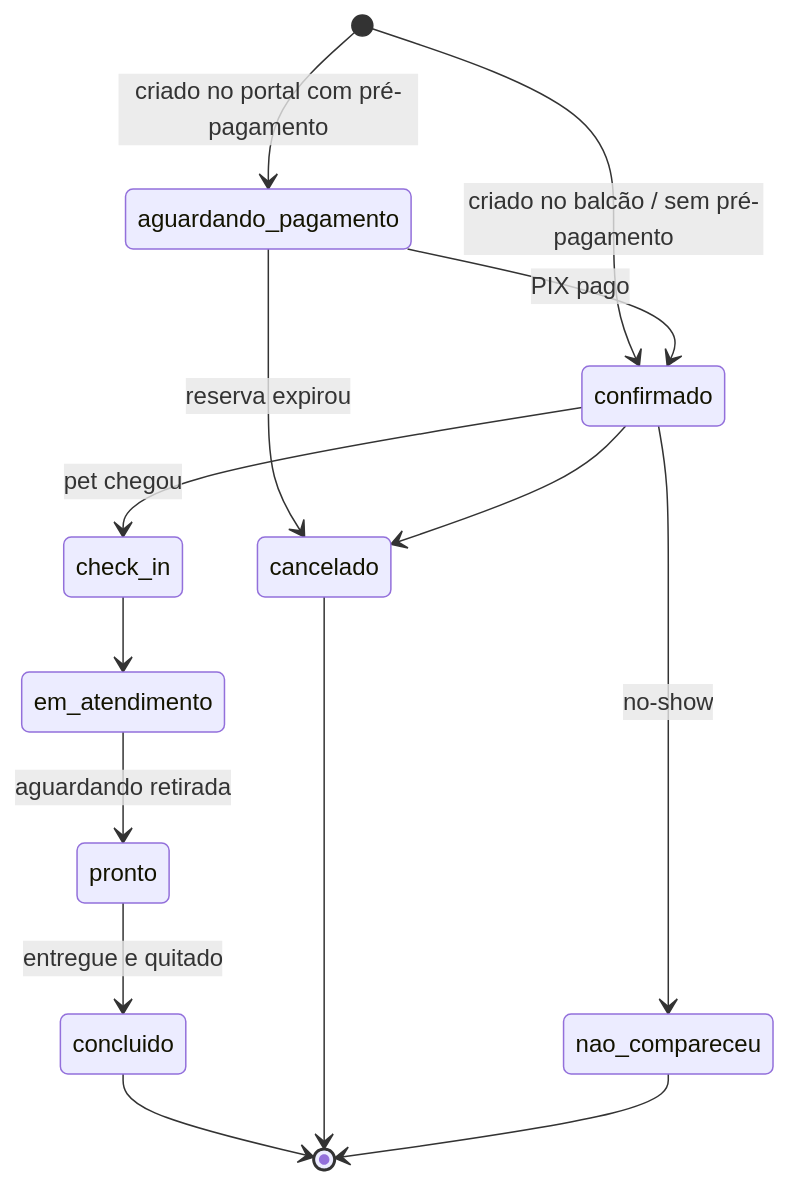
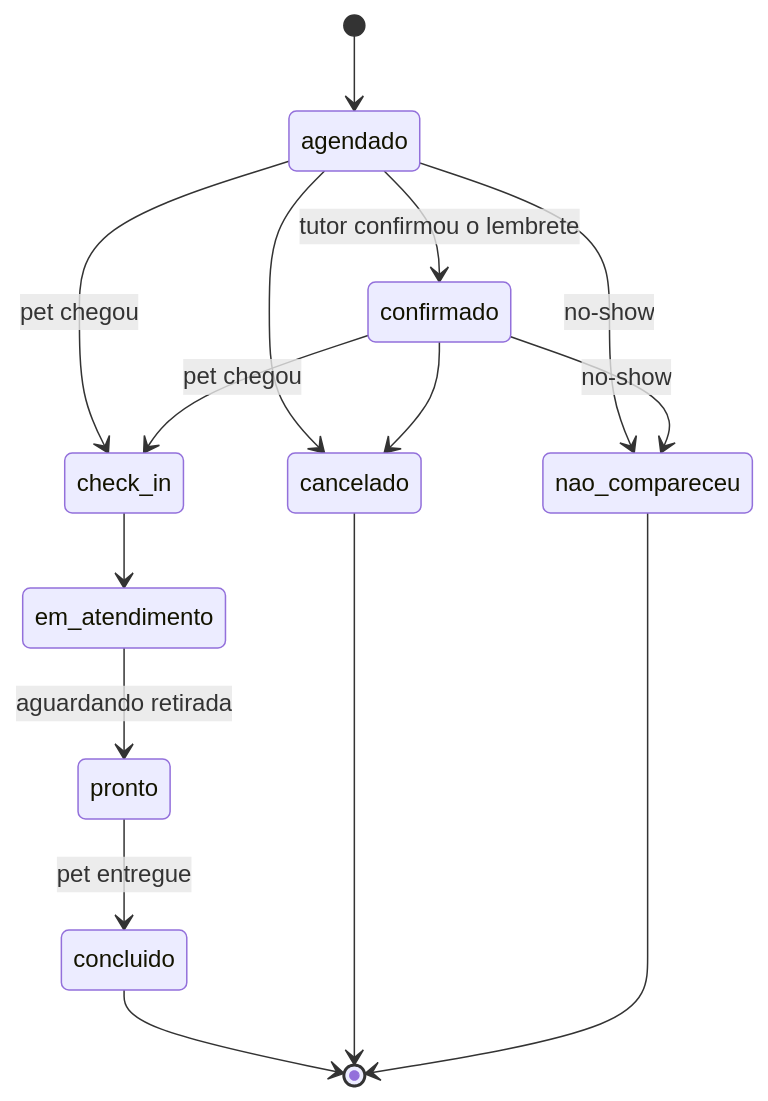
The first of 3 diagrams in docs/PRD.md (guilhermerevest-art/petshop), drawn with Mermaid before and after one commit. The commit also changed other lines of this file and 1 other file, not shown here.

First line of the commit message:
docs: PRD v0.2 com multi-tenancy, PIX estático e conexão do WhatsApp

````diff
--- a/docs/PRD.md
+++ b/docs/PRD.md
@@ -121,16 +155,17 @@
 ```mermaid
 stateDiagram-v2
-    [*] --> aguardando_pagamento: criado no portal com pré-pagamento
-    [*] --> confirmado: criado no balcão / sem pré-pagamento
-    aguardando_pagamento --> confirmado: PIX pago
-    aguardando_pagamento --> cancelado: reserva expirou
+    [*] --> agendado
+    agendado --> confirmado: tutor confirmou o lembrete
+    agendado --> check_in: pet chegou
     confirmado --> check_in: pet chegou
+    agendado --> cancelado
     confirmado --> cancelado
+    agendado --> nao_compareceu: no-show
     confirmado --> nao_compareceu: no-show
     check_in --> em_atendimento
     em_atendimento --> pronto: aguardando retirada
-    pronto --> concluido: entregue e quitado
+    pronto --> concluido: pet entregue
     concluido --> [*]
     cancelado --> [*]
     nao_compareceu --> [*]
 ```
````
